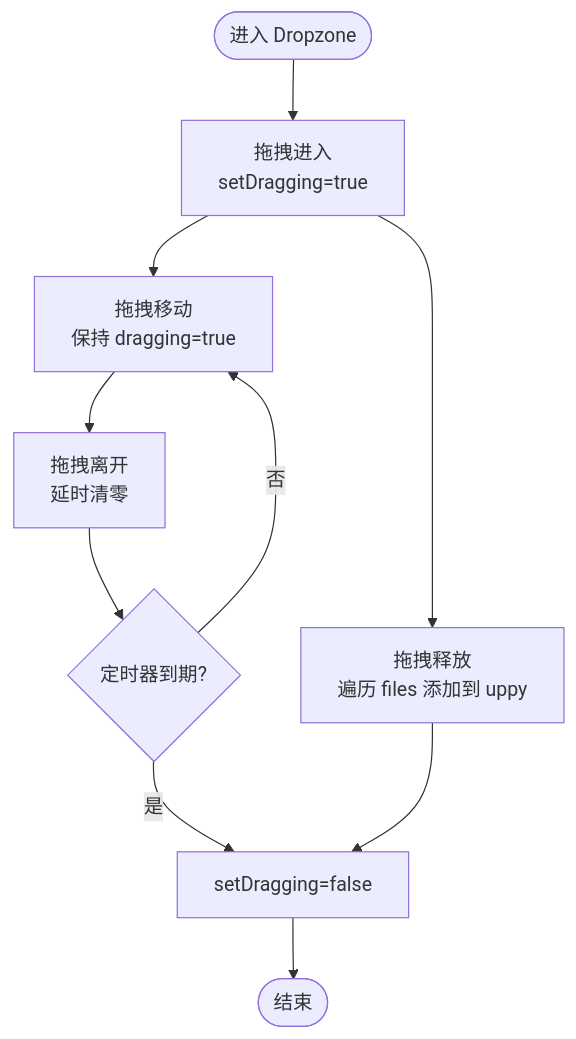
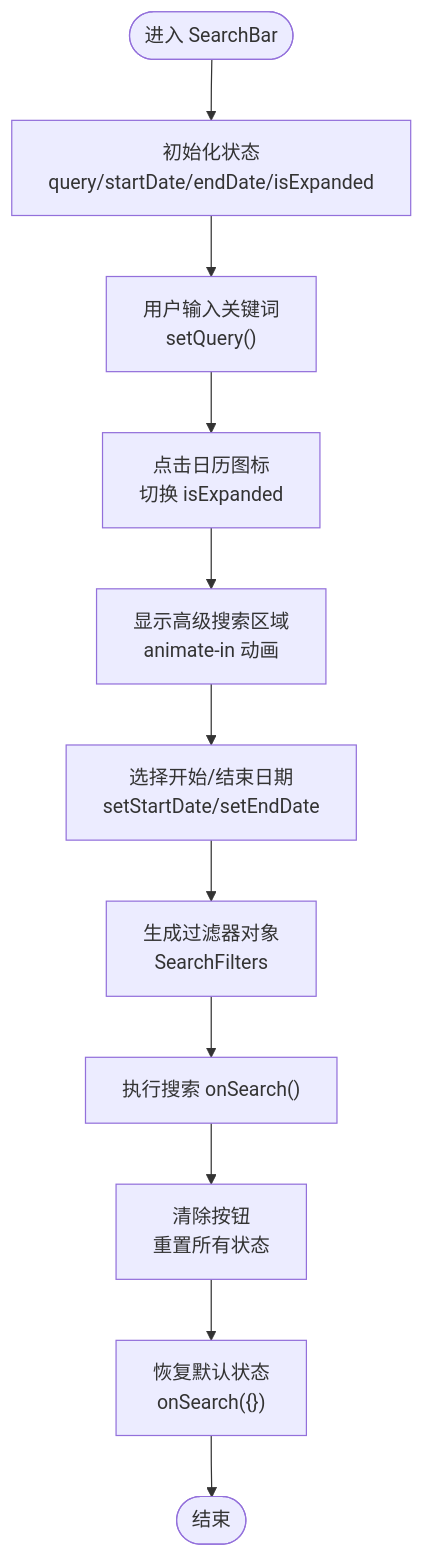
The fourth of 8 diagrams in .qoder/repowiki/zh/content/前端组件架构/前端组件架构.md (RadiumAg/image-saas), drawn with Mermaid before and after one commit. The commit also changed other lines of this file and 9 other files, not shown here.

````diff
--- a/.qoder/repowiki/zh/content/前端组件架构/前端组件架构.md
+++ b/.qoder/repowiki/zh/content/前端组件架构/前端组件架构.md
@@ -242,12 +335,13 @@
 ```mermaid
 flowchart TD
-Start(["进入 Dropzone"]) --> Enter["拖拽进入<br/>setDragging=true"]
-Enter --> Over["拖拽移动<br/>保持 dragging=true"]
-Over --> Leave["拖拽离开<br/>延时清零"]
-Leave --> Timer{"定时器到期?"}
-Timer --> |是| DragEnd["setDragging=false"]
-Timer --> |否| Over
-Enter --> Drop["拖拽释放<br/>遍历 files 添加到 uppy"]
-Drop --> DragEnd
-DragEnd --> End(["结束"])
+Start(["进入 SearchBar"]) --> Init["初始化状态<br/>query/startDate/endDate/isExpanded"]
+Init --> Input["用户输入关键词<br/>setQuery()"]
+Input --> Expand["点击日历图标<br/>切换 isExpanded"]
+Expand --> Advanced["显示高级搜索区域<br/>animate-in 动画"]
+Advanced --> DateSelect["选择开始/结束日期<br/>setStartDate/setEndDate"]
+DateSelect --> Filter["生成过滤器对象<br/>SearchFilters"]
+Filter --> Search["执行搜索 onSearch()"]
+Search --> Clear["清除按钮<br/>重置所有状态"]
+Clear --> Reset["恢复默认状态<br/>onSearch({})"]
+Reset --> End(["结束"])
 ```
````
